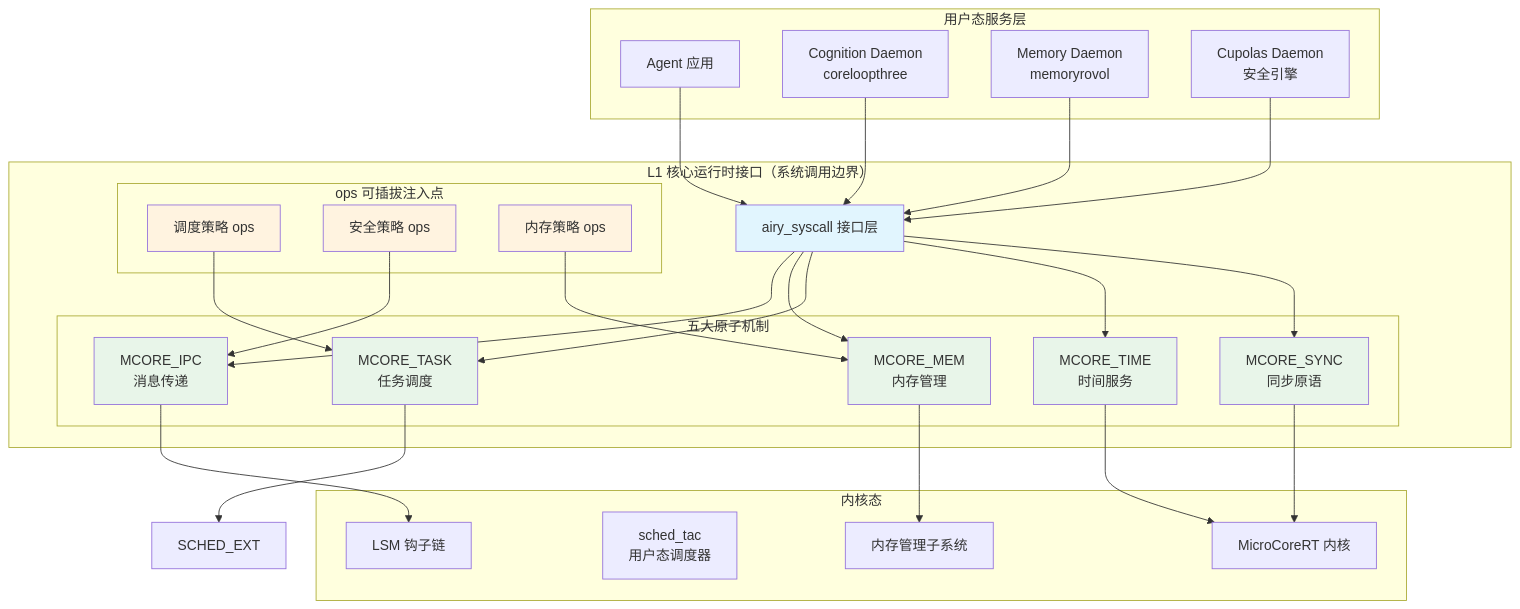
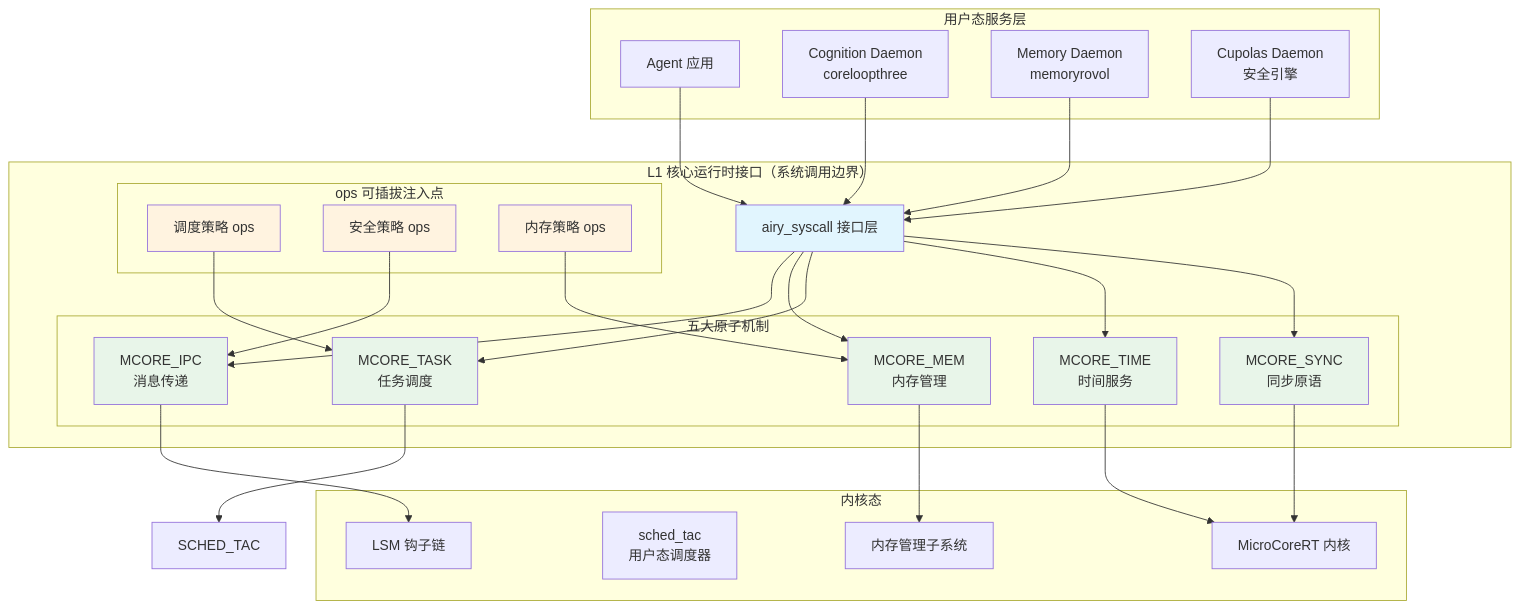
The first of 6 diagrams in AirymaxOS/50-engineering-standards/30-runtime-interfaces/runtime_interfaces.md (openairymax/docs), drawn with Mermaid before and after one commit. The commit also changed other lines of this file and 135 other files, not shown here.

````diff
--- a/AirymaxOS/50-engineering-standards/30-runtime-interfaces/runtime_interfaces.md
+++ b/AirymaxOS/50-engineering-standards/30-runtime-interfaces/runtime_interfaces.md
@@ -74,65 +74,65 @@
 ```mermaid
 graph TB
     subgraph "用户态服务层"
         US1["Agent 应用"]
         US2["Cognition Daemon<br/>coreloopthree"]
         US3["Memory Daemon<br/>memoryrovol"]
         US4["Cupolas Daemon<br/>安全引擎"]
     end
     
     subgraph "L1 核心运行时接口（系统调用边界）"
         SYSCALL["airy_syscall 接口层"]
         
         subgraph "五大原子机制"
             IPC["MCORE_IPC<br/>消息传递"]
             MEM["MCORE_MEM<br/>内存管理"]
             TASK["MCORE_TASK<br/>任务调度"]
             TIME["MCORE_TIME<br/>时间服务"]
             SYNC["MCORE_SYNC<br/>同步原语"]
         end
         
         subgraph "ops 可插拔注入点"
             SCHED_OPS["调度策略 ops"]
             SEC_OPS["安全策略 ops"]
             MEM_OPS["内存策略 ops"]
         end
     end
     
     subgraph "内核态"
         KERNEL["MicroCoreRT 内核"]
         USER_SCHED["sched_tac<br/>用户态调度器"]
         LSM["LSM 钩子链"]
         MM["内存管理子系统"]
     end
     
     US1 --> SYSCALL
     US2 --> SYSCALL
     US3 --> SYSCALL
     US4 --> SYSCALL
     
     SYSCALL --> IPC
     SYSCALL --> MEM
     SYSCALL --> TASK
     SYSCALL --> TIME
     SYSCALL --> SYNC
     
     SCHED_OPS --> TASK
     SEC_OPS --> IPC
     MEM_OPS --> MEM
     
-    TASK --> SCHED_EXT
+    TASK --> SCHED_TAC
     IPC --> LSM
     MEM --> MM
     TIME --> KERNEL
     SYNC --> KERNEL
     
     style SYSCALL fill:#e1f5fe
     style IPC fill:#e8f5e9
     style MEM fill:#e8f5e9
     style TASK fill:#e8f5e9
     style TIME fill:#e8f5e9
     style SYNC fill:#e8f5e9
     style SCHED_OPS fill:#fff3e0
     style SEC_OPS fill:#fff3e0
     style MEM_OPS fill:#fff3e0
 ```
````
